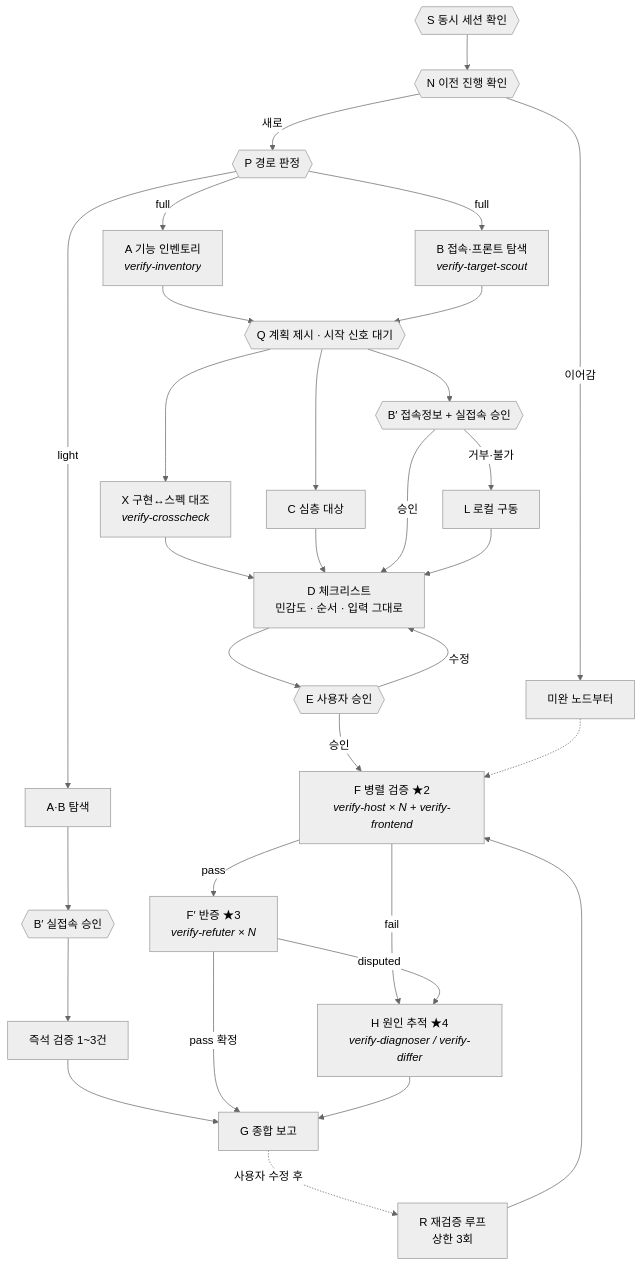
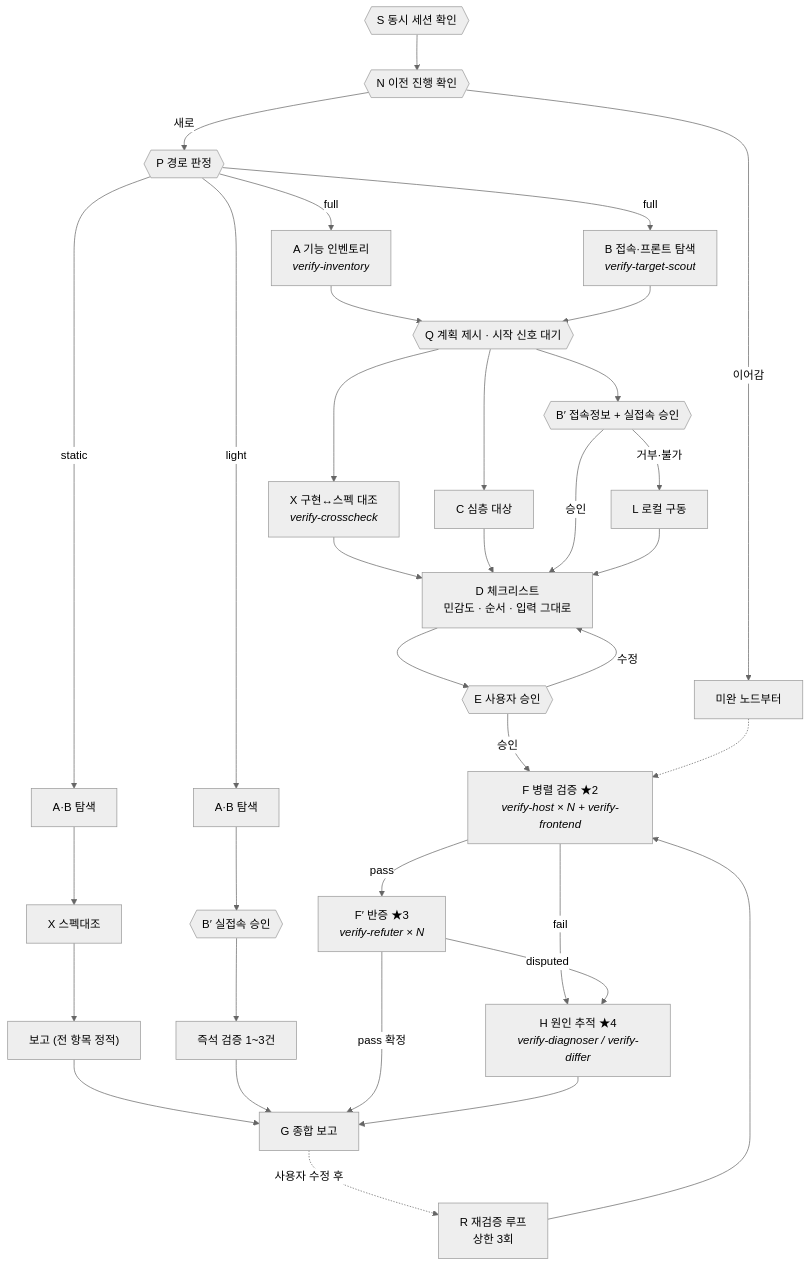
One commit to jollaman999/jolla-s-super-skills changed the diagram in verify-impl/SKILL.md. Above: the diagram before and after it, drawn with Mermaid (neutral theme). The commit also changed other lines of this file and 3 other files, not shown here.

````diff
--- a/verify-impl/SKILL.md
+++ b/verify-impl/SKILL.md
@@ -69,30 +71,31 @@
 ```mermaid
 flowchart TD
   S{{"S 동시 세션 확인"}} --> N{{"N 이전 진행 확인"}}
   N -->|이어감| RESUME[미완 노드부터]
   N -->|새로| P{{"P 경로 판정"}}
+  P -->|static| SA["A·B 탐색"] --> SX["X 스펙대조"] --> SG["보고 (전 항목 정적)"] --> G
   P -->|light| LA["A·B 탐색"] --> LB2{{"B′ 실접속 승인"}} --> LV["즉석 검증 1~3건"] --> G
   P -->|full| A["A 기능 인벤토리<br/><i>verify-inventory</i>"]
   P -->|full| B["B 접속·프론트 탐색<br/><i>verify-target-scout</i>"]
   A --> Q{{"Q 계획 제시 · 시작 신호 대기"}}
   B --> Q
   Q --> X["X 구현↔스펙 대조<br/><i>verify-crosscheck</i>"]
   Q --> C[C 심층 대상]
   Q --> B2{{"B′ 접속정보 + 실접속 승인"}}
   B2 -->|거부·불가| L[L 로컬 구동]
   X --> D["D 체크리스트<br/>민감도 · 순서 · 입력 그대로"]
   C --> D
   B2 -->|승인| D
   L --> D
   D --> E{{"E 사용자 승인"}}
   E -->|수정| D
   E -->|승인| F["F 병렬 검증 ★2<br/><i>verify-host × N + verify-frontend</i>"]
   F -->|pass| F2["F′ 반증 ★3<br/><i>verify-refuter × N</i>"]
   F -->|fail| H["H 원인 추적 ★4<br/><i>verify-diagnoser / verify-differ</i>"]
   F2 -->|disputed| H
   F2 -->|pass 확정| G[G 종합 보고]
   H --> G
   G -.->|사용자 수정 후| R["R 재검증 루프<br/>상한 3회"]
   R --> F
   RESUME -.-> F
 ```
````
